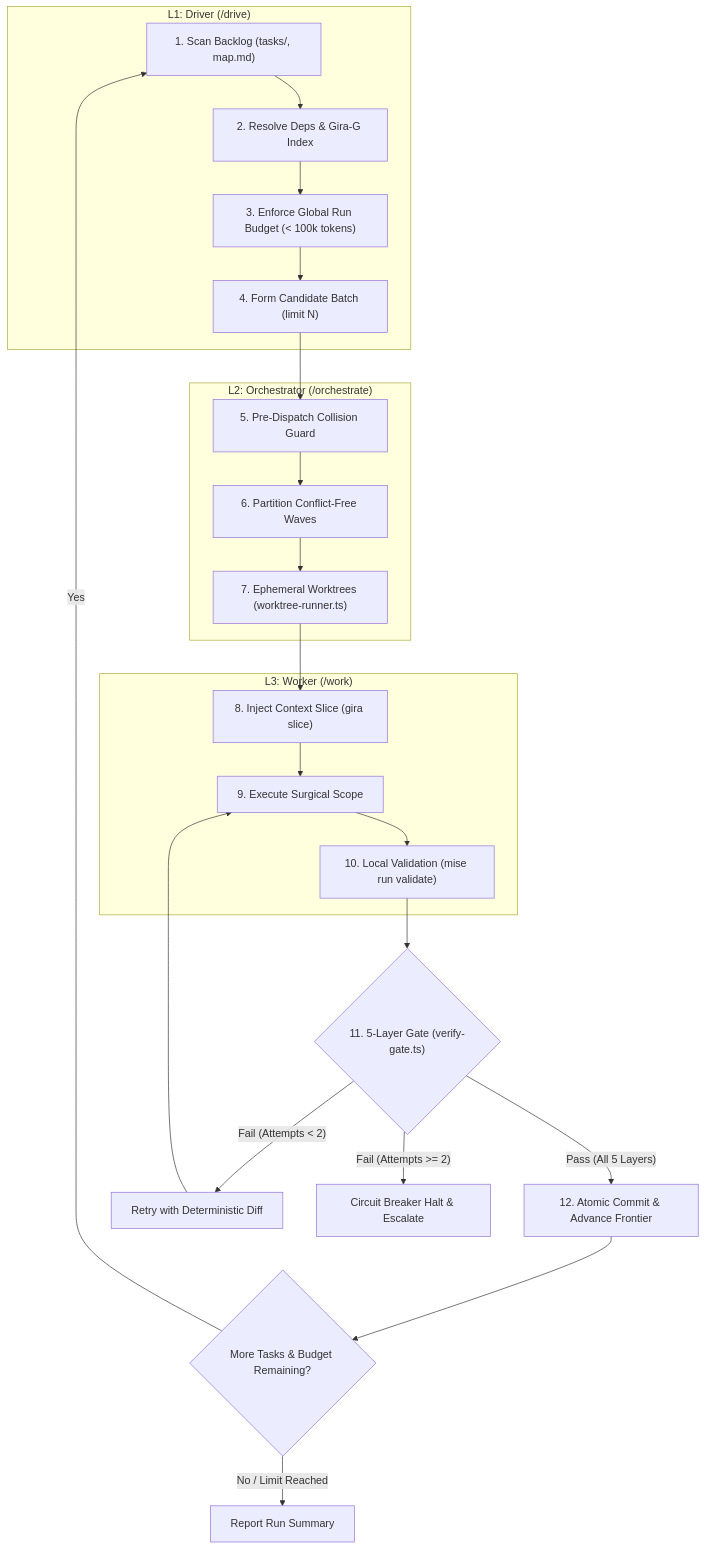
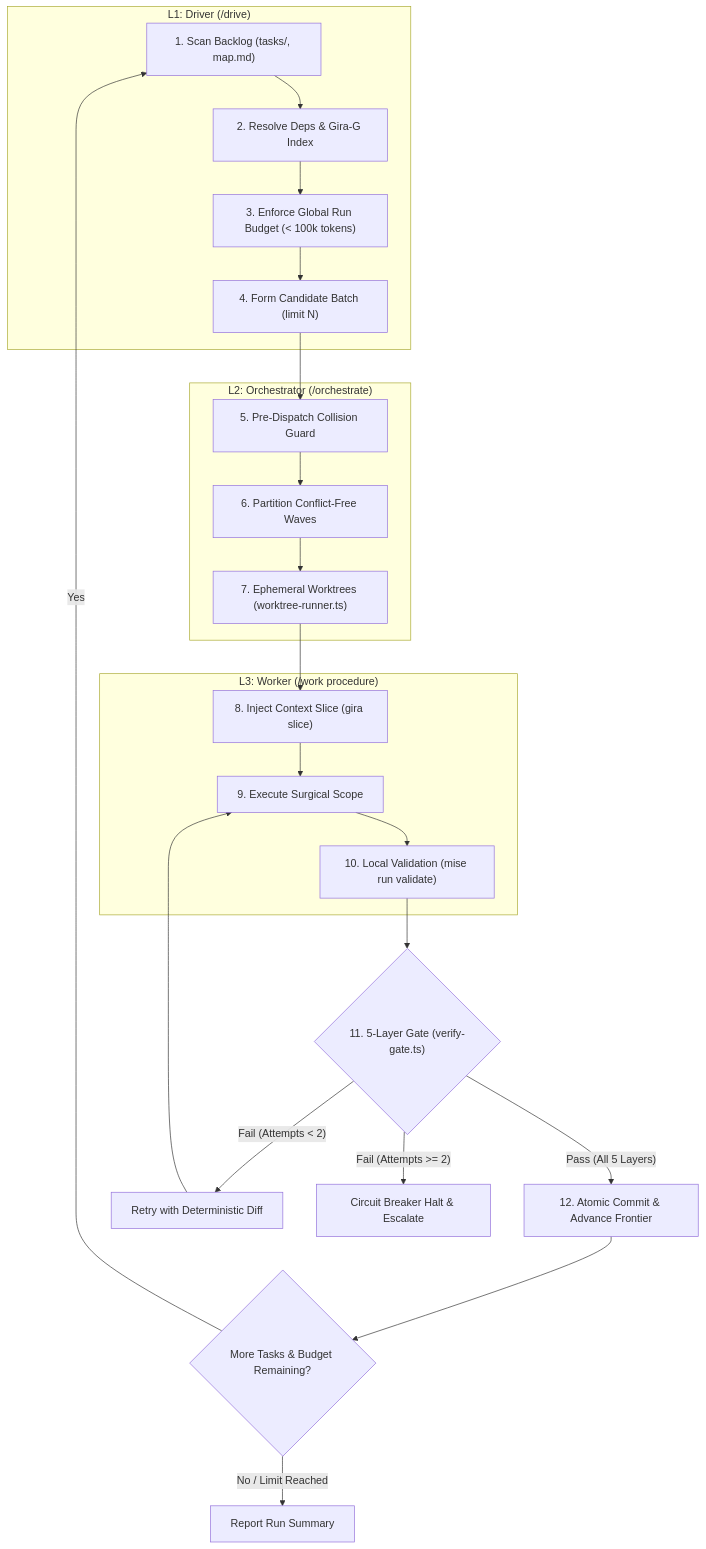
The diagram in .agents/skills/drive/SKILL.md (EduardoShibukawa/G-Inga), drawn with Mermaid before and after one commit. The commit also changed other lines of this file and 19 other files, not shown here.

First line of the commit message:
feat(work): make /work user-invoked; workers read references/procedure.md

````diff
--- a/.agents/skills/drive/SKILL.md
+++ b/.agents/skills/drive/SKILL.md
@@ -25,29 +25,29 @@
 ```mermaid
 flowchart TD
     subgraph L1["L1: Driver (/drive)"]
         SCAN["1. Scan Backlog (tasks/, map.md)"] --> DEPS["2. Resolve Deps & Gira-G Index"]
         DEPS --> BUDGET["3. Enforce Global Run Budget (< 100k tokens)"]
         BUDGET --> BATCH["4. Form Candidate Batch (limit N)"]
     end
 
     subgraph L2["L2: Orchestrator (/orchestrate)"]
         BATCH --> COLLIDE["5. Pre-Dispatch Collision Guard"]
         COLLIDE --> WAVES["6. Partition Conflict-Free Waves"]
         WAVES --> WT["7. Ephemeral Worktrees (worktree-runner.ts)"]
     end
 
-    subgraph L3["L3: Worker (/work)"]
+    subgraph L3["L3: Worker (/work procedure)"]
         WT --> SLICE["8. Inject Context Slice (gira slice)"]
         SLICE --> WORK["9. Execute Surgical Scope"]
         WORK --> LOCAL_VAL["10. Local Validation (mise run validate)"]
     end
 
     LOCAL_VAL --> GATE{"11. 5-Layer Gate (verify-gate.ts)"}
     GATE -->|"Pass (All 5 Layers)"| SEAL["12. Atomic Commit & Advance Frontier"]
     GATE -->|"Fail (Attempts < 2)"| RETRY["Retry with Deterministic Diff"]
     RETRY --> WORK
     GATE -->|"Fail (Attempts >= 2)"| HALT["Circuit Breaker Halt & Escalate"]
     SEAL --> LOOP{"More Tasks & Budget Remaining?"}
     LOOP -->|"Yes"| SCAN
     LOOP -->|"No / Limit Reached"| FINISH["Report Run Summary"]
 ```
````
